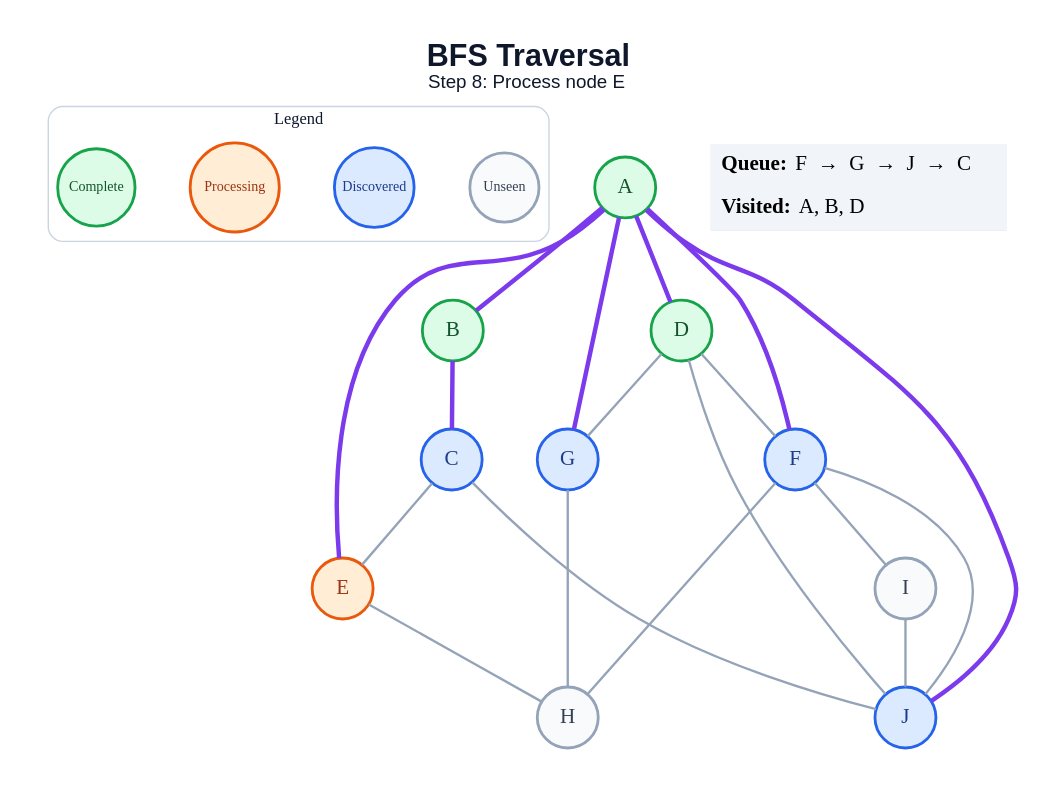
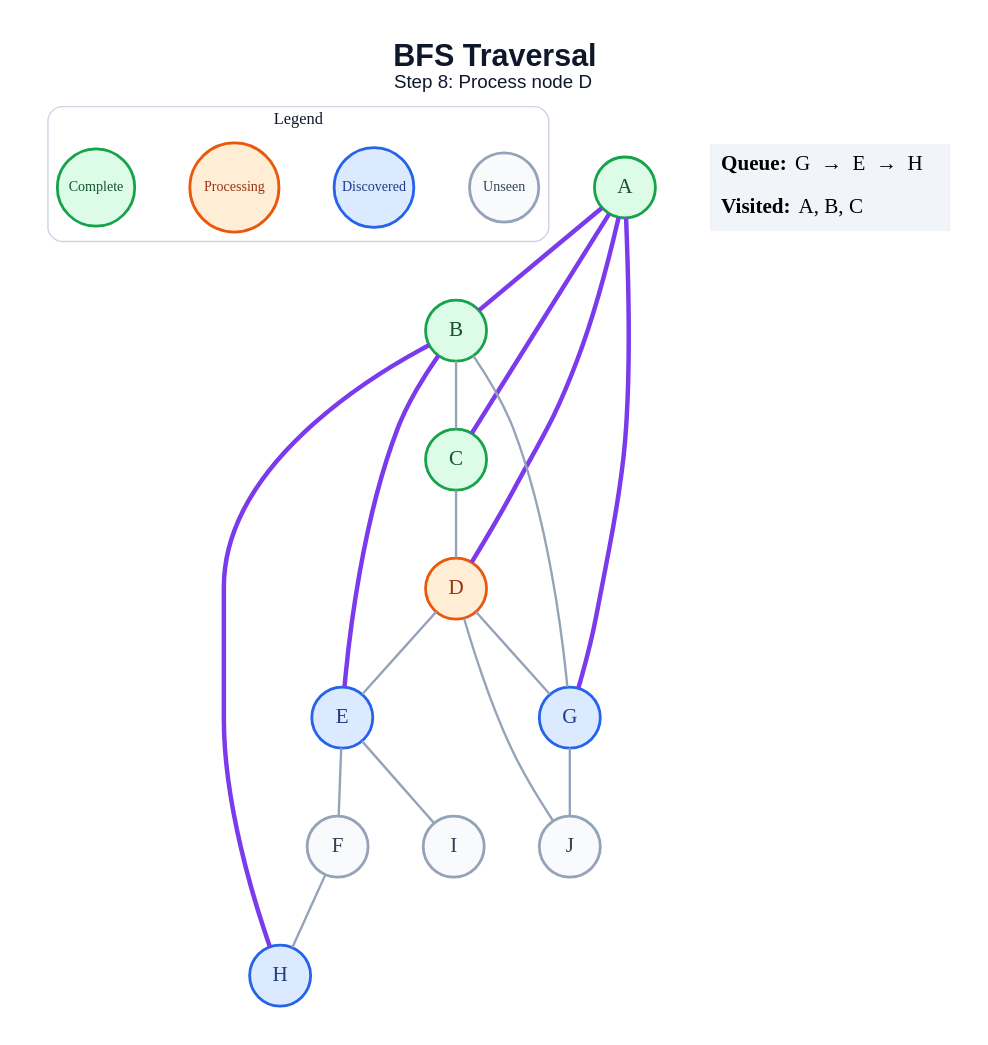
One commit to amanghodawala9/ai-slop changed the diagram in generated/bfs/step_08.dot. Above: the diagram before and after it, drawn with Graphviz. The commit also changed 178 other files, not shown here.

```diff
--- a/generated/bfs/step_08.dot
+++ b/generated/bfs/step_08.dot
@@ -1,47 +1,45 @@
 graph traversal {
   graph [layout=dot, rankdir=TB, bgcolor="#FFFFFF", pad="0.35", nodesep="0.65", ranksep="0.8", fontname="Arial"];
   node [shape=circle, style="filled", fontname="Arial Bold", fontsize=18, width=0.72, fixedsize=true, penwidth=2.4];
   edge [color="#94A3B8", penwidth=2.0];
-  label=<<B>BFS Traversal</B><BR/><FONT POINT-SIZE="16">Step 8: Process node E</FONT>>; labelloc="t"; fontsize=26; fontname="Arial"; fontcolor="#0F172A";
+  label=<<B>BFS Traversal</B><BR/><FONT POINT-SIZE="16">Step 8: Process node D</FONT>>; labelloc="t"; fontsize=26; fontname="Arial"; fontcolor="#0F172A";
   subgraph cluster_legend { label="Legend"; color="#CBD5E1"; penwidth=1.2; style="rounded"; fontsize=14; fontname="Arial Bold";
     key_unseen [label="Unseen", fillcolor="#F8FAFC", color="#94A3B8", fontcolor="#334155", fontsize=12, width=0.82];
     key_frontier [label="Discovered", fillcolor="#DBEAFE", color="#2563EB", fontcolor="#1E3A8A", fontsize=12, width=0.95];
     key_current [label="Processing", fillcolor="#FFEDD5", color="#EA580C", fontcolor="#9A3412", fontsize=12, width=1.05];
     key_done [label="Complete", fillcolor="#DCFCE7", color="#16A34A", fontcolor="#14532D", fontsize=12, width=0.92];
     { rank=same; key_unseen; key_frontier; key_current; key_done; }
   }
   A [fillcolor="#DCFCE7", color="#16A34A", fontcolor="#14532D"];
   B [fillcolor="#DCFCE7", color="#16A34A", fontcolor="#14532D"];
-  C [fillcolor="#DBEAFE", color="#2563EB", fontcolor="#1E3A8A"];
-  D [fillcolor="#DCFCE7", color="#16A34A", fontcolor="#14532D"];
-  E [fillcolor="#FFEDD5", color="#EA580C", fontcolor="#9A3412"];
-  F [fillcolor="#DBEAFE", color="#2563EB", fontcolor="#1E3A8A"];
+  C [fillcolor="#DCFCE7", color="#16A34A", fontcolor="#14532D"];
+  D [fillcolor="#FFEDD5", color="#EA580C", fontcolor="#9A3412"];
+  E [fillcolor="#DBEAFE", color="#2563EB", fontcolor="#1E3A8A"];
+  F [fillcolor="#F8FAFC", color="#94A3B8", fontcolor="#334155"];
   G [fillcolor="#DBEAFE", color="#2563EB", fontcolor="#1E3A8A"];
-  H [fillcolor="#F8FAFC", color="#94A3B8", fontcolor="#334155"];
+  H [fillcolor="#DBEAFE", color="#2563EB", fontcolor="#1E3A8A"];
   I [fillcolor="#F8FAFC", color="#94A3B8", fontcolor="#334155"];
-  J [fillcolor="#DBEAFE", color="#2563EB", fontcolor="#1E3A8A"];
+  J [fillcolor="#F8FAFC", color="#94A3B8", fontcolor="#334155"];
   A -- B [color="#7C3AED", penwidth=3.8];
+  A -- C [color="#7C3AED", penwidth=3.8];
   A -- D [color="#7C3AED", penwidth=3.8];
-  A -- E [color="#7C3AED", penwidth=3.8];
-  A -- F [color="#7C3AED", penwidth=3.8];
   A -- G [color="#7C3AED", penwidth=3.8];
-  A -- J [color="#7C3AED", penwidth=3.8];
-  B -- C [color="#7C3AED", penwidth=3.8];
-  C -- E;
-  C -- J;
-  D -- F;
+  B -- C;
+  B -- E [color="#7C3AED", penwidth=3.8];
+  B -- G;
+  B -- H [color="#7C3AED", penwidth=3.8];
+  C -- D;
+  D -- E;
   D -- G;
   D -- J;
-  E -- H;
+  E -- F;
+  E -- I;
   F -- H;
-  F -- I;
-  F -- J;
-  G -- H;
-  I -- J;
+  G -- J;
   status [shape=plain, fixedsize=false, width=0, height=0, margin=0, label=<
     <TABLE BORDER="0" CELLBORDER="0" CELLPADDING="7" BGCOLOR="#F1F5F9">
-      <TR><TD ALIGN="LEFT"><B>Queue:</B> F  →  G  →  J  →  C</TD></TR>
-      <TR><TD ALIGN="LEFT"><B>Visited:</B> A, B, D</TD></TR>
+      <TR><TD ALIGN="LEFT"><B>Queue:</B> G  →  E  →  H</TD></TR>
+      <TR><TD ALIGN="LEFT"><B>Visited:</B> A, B, C</TD></TR>
     </TABLE>
   >];
 }
```
